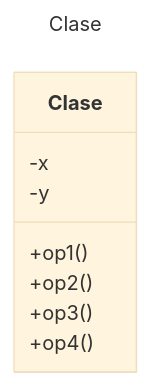
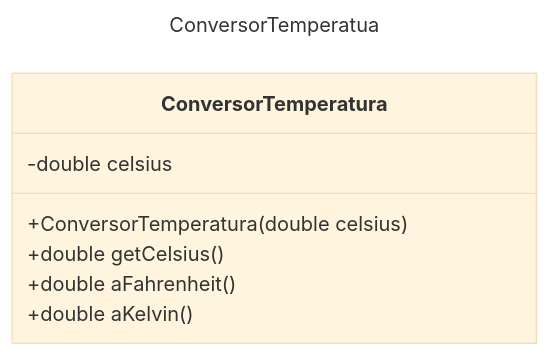
Before and after one commit to AED1026-EDD-GB-AD26/GHUB.java.ag.coversionTemperatura-LourdesArmenta: the diagram in README.md, drawn with Mermaid (base theme). The commit also changed other lines of this file and 6 other files, not shown here.

Commit message:
Actualiza README y agrega clase ConversorTemperatura con métodos de conversión de temperatura; implementa pruebas unitarias para verificar funcionalidad.

````diff
--- a/README.md
+++ b/README.md
@@ -8,13 +8,13 @@
 ```mermaid
 ---
-title: Clase
+title: ConversorTemperatua
 ---
 classDiagram
-      class Clase
-      Clase: -x
-      Clase: -y
-      Clase: +op1()
-      Clase: +op2()
-      Clase: +op3()
-      Clase: +op4()
+    class ConversorTemperatura {
+        -double celsius
+        +ConversorTemperatura(double celsius)
+        +double getCelsius()
+        +double aFahrenheit()
+        +double aKelvin()
+    }
 ```
````
